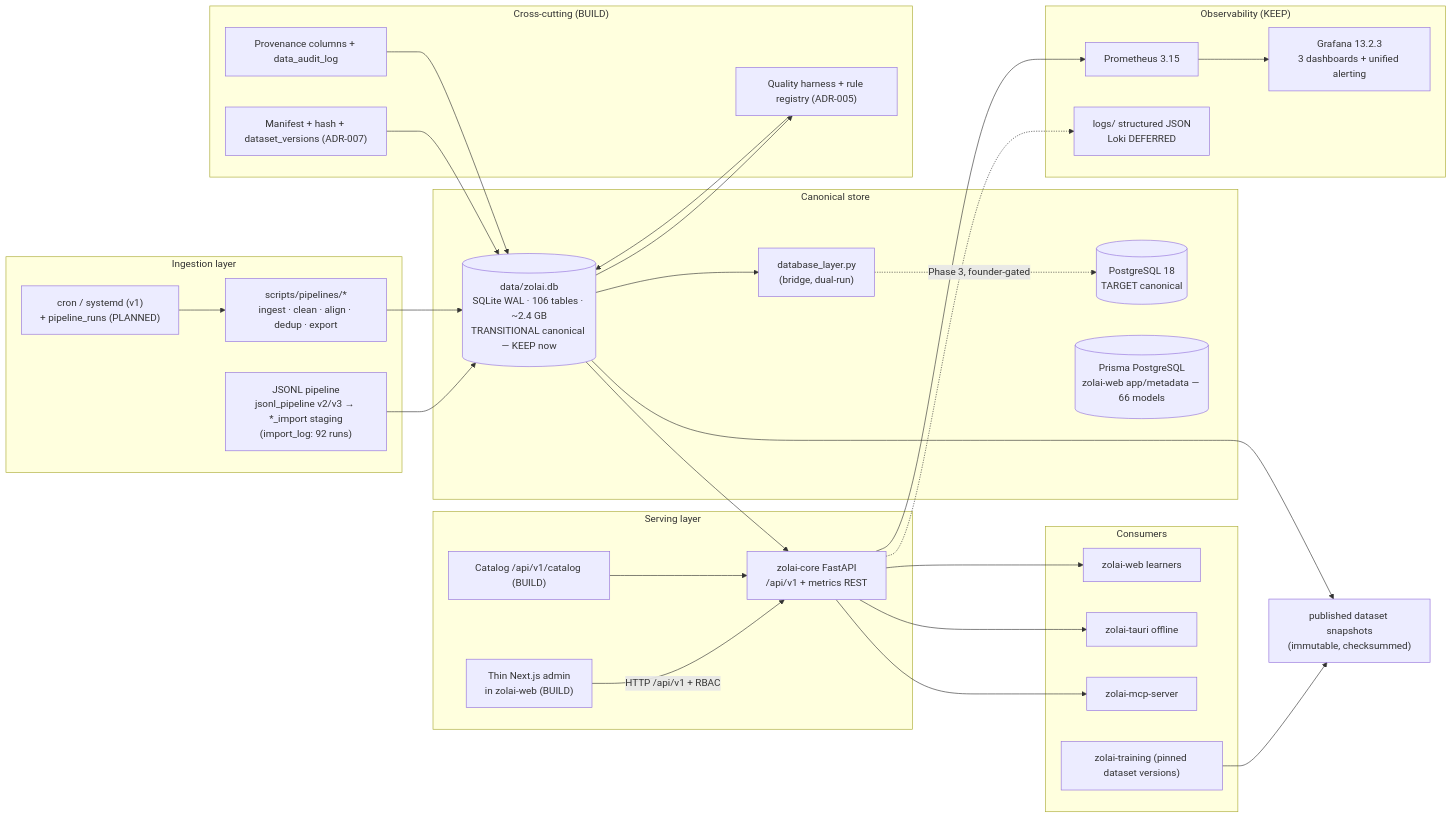
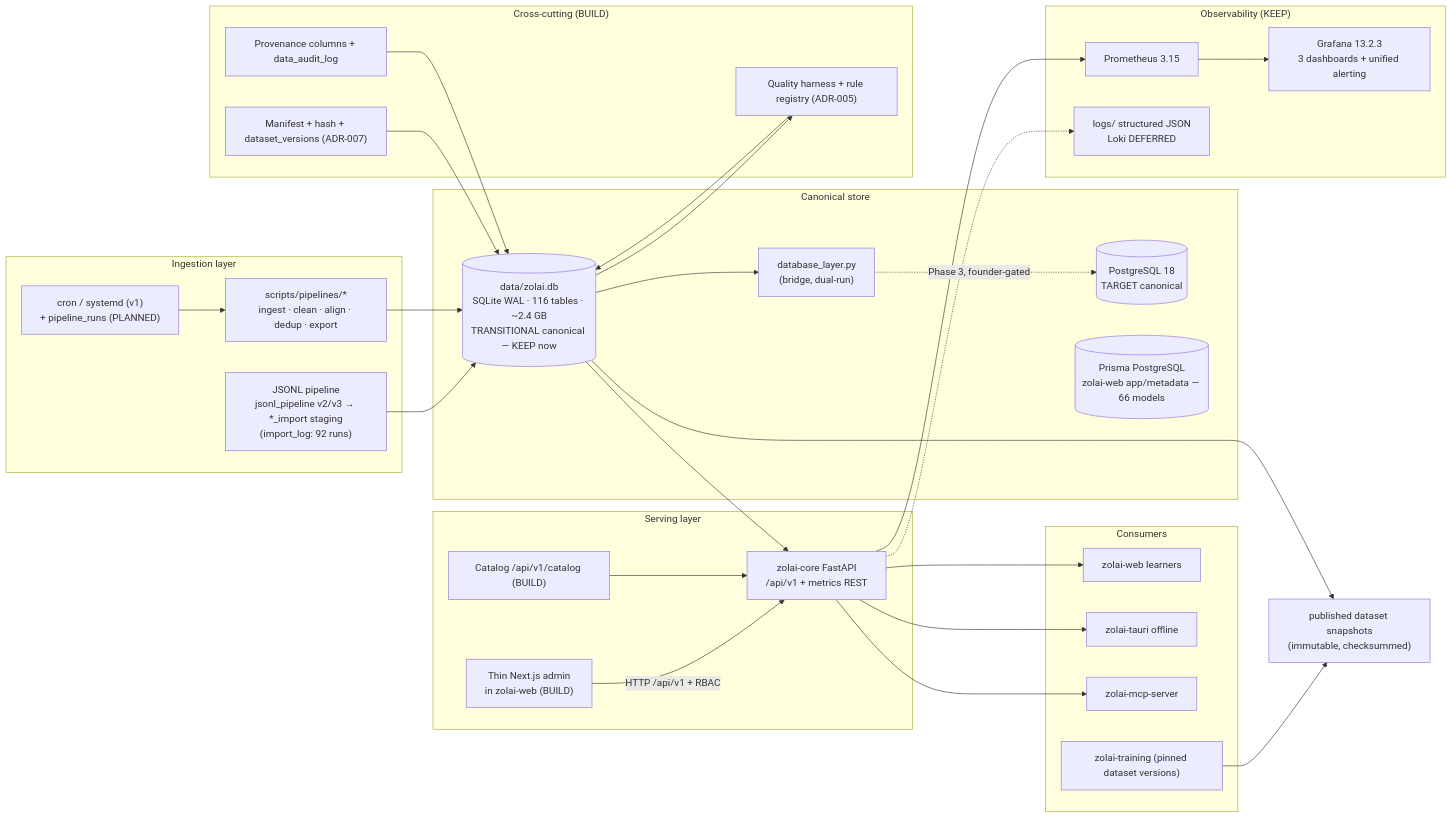
Before and after one commit to Zolai-AI/.github: the second of 2 diagrams in docs/architecture/overview.md, drawn with Mermaid. The commit also changed 6 other files, not shown here.

````diff
--- a/docs/architecture/overview.md
+++ b/docs/architecture/overview.md
@@ -81,59 +81,59 @@
 ```mermaid
 flowchart LR
   subgraph Ingestion["Ingestion layer"]
     JSONL["JSONL pipeline<br/>jsonl_pipeline v2/v3 → *_import staging<br/>(import_log: 92 runs)"]
     SCRIPTS["scripts/pipelines/*<br/>ingest · clean · align · dedup · export"]
     CRON["cron / systemd (v1)<br/>+ pipeline_runs (PLANNED)"]
     CRON --> SCRIPTS
   end
 
   subgraph Canonical["Canonical store"]
-    DB[("data/zolai.db<br/>SQLite WAL · 106 tables · ~2.4 GB<br/>TRANSITIONAL canonical — KEEP now")]
+    DB[("data/zolai.db<br/>SQLite WAL · 116 tables · ~2.4 GB<br/>TRANSITIONAL canonical — KEEP now")]
     BR["database_layer.py<br/>(bridge, dual-run)"]
     DB --> BR
     BR -.->|"Phase 3, founder-gated"| PG[("PostgreSQL 18<br/>TARGET canonical")]
     PRISMA[("Prisma PostgreSQL<br/>zolai-web app/metadata — 66 models")]
   end
 
   subgraph Serving["Serving layer"]
     API["zolai-core FastAPI<br/>/api/v1 + metrics REST"]
     ADMIN["Thin Next.js admin<br/>in zolai-web (BUILD)"]
     CAT["Catalog /api/v1/catalog (BUILD)"]
   end
 
   subgraph Consumers["Consumers"]
     WEB2["zolai-web learners"]
     TAURI2["zolai-tauri offline"]
     MCP2["zolai-mcp-server"]
     TRAIN["zolai-training (pinned dataset versions)"]
   end
 
   subgraph Observability["Observability (KEEP)"]
     PROM["Prometheus 3.15"]
     GRAF["Grafana 13.2.3<br/>3 dashboards + unified alerting"]
     LOGS["logs/ structured JSON<br/>Loki DEFERRED"]
   end
 
   subgraph Crosscut["Cross-cutting (BUILD)"]
     QUAL["Quality harness + rule registry (ADR-005)"]
     PROV["Provenance columns + data_audit_log"]
     VER["Manifest + hash + dataset_versions (ADR-007)"]
   end
 
   JSONL --> DB
   SCRIPTS --> DB
   DB --> API
   DB --> QUAL
   QUAL --> DB
   VER --> DB
   PROV --> DB
   API --> WEB2
   API --> TAURI2
   API --> MCP2
   ADMIN -->|"HTTP /api/v1 + RBAC"| API
   CAT --> API
   TRAIN --> DS2["published dataset snapshots<br/>(immutable, checksummed)"]
   DB --> DS2
   API --> PROM --> GRAF
   API -.-> LOGS
 ```
````
